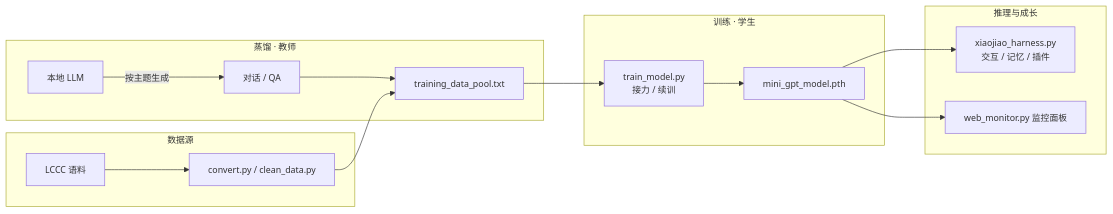
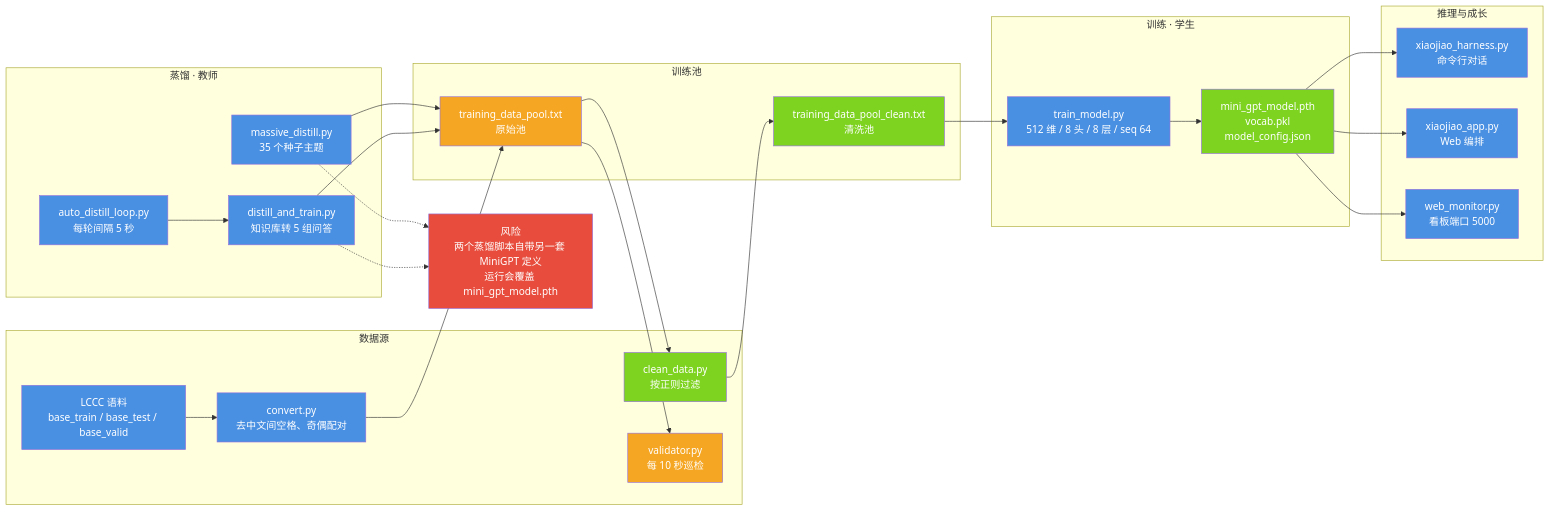
The diagram in docs/pipeline.md (jiangchuangege/xiaojiao-harnees), drawn with Mermaid before and after one commit. The commit also changed other lines of this file and 51 other files, not shown here.

````diff
--- a/docs/pipeline.md
+++ b/docs/pipeline.md
@@ -9,20 +33,58 @@
 ```mermaid
-%%{init: {"themeVariables": {"fontSize": "14px"}, "flowchart": {"htmlLabels": true, "wrappingWidth": 320, "nodeSpacing": 46, "rankSpacing": 64, "useMaxWidth": true}}}%%
 flowchart LR
-    subgraph src["数据源"]
-        A["LCCC 语料"] --> B["convert.py / clean_data.py"]
+    subgraph SRC["数据源"]
+        A["LCCC 语料<br/>base_train / base_test / base_valid"]
+        B["convert.py<br/>去中文间空格、奇偶配对"]
+        C["clean_data.py<br/>按正则过滤"]
+        D["validator.py<br/>每 10 秒巡检"]
     end
-    subgraph teach["蒸馏 · 教师"]
-        C["本地 LLM"] -- "按主题生成" --> D["对话 / QA"]
-        D --> E["training_data_pool.txt"]
+    subgraph POOL["训练池"]
+        E["training_data_pool.txt<br/>原始池"]
+        EC["training_data_pool_clean.txt<br/>清洗池"]
     end
-    subgraph stu["训练 · 学生"]
-        E --> F["train_model.py <br/> 接力 / 续训"]
-        F --> G["mini_gpt_model.pth"]
+    subgraph DIST["蒸馏 · 教师"]
+        F["massive_distill.py<br/>35 个种子主题"]
+        G["distill_and_train.py<br/>知识库转 5 组问答"]
+        H["auto_distill_loop.py<br/>每轮间隔 5 秒"]
     end
-    subgraph grow["推理与成长"]
-        G --> H["xiaojiao_harness.py <br/> 交互 / 记忆 / 插件"]
-        G --> I["web_monitor.py 监控面板"]
+    subgraph STU["训练 · 学生"]
+        I["train_model.py<br/>512 维 / 8 头 / 8 层 / seq 64"]
+        J["mini_gpt_model.pth<br/>vocab.pkl<br/>model_config.json"]
     end
+    subgraph USE["推理与成长"]
+        K["xiaojiao_harness.py<br/>命令行对话"]
+        L["xiaojiao_app.py<br/>Web 编排"]
+        M["web_monitor.py<br/>看板端口 5000"]
+    end
+    X["风险<br/>两个蒸馏脚本自带另一套 MiniGPT 定义<br/>运行会覆盖 mini_gpt_model.pth"]
+    A --> B
     B --> E
+    E --> C
+    C --> EC
+    E --> D
+    EC --> I
+    F --> E
+    G --> E
+    H --> G
+    I --> J
+    J --> K
+    J --> L
+    J --> M
+    F -.-> X
+    G -.-> X
+    style A fill:#4A90E2,color:#fff
+    style B fill:#4A90E2,color:#fff
+    style C fill:#7ED321,color:#fff
+    style D fill:#F5A623,color:#fff
+    style E fill:#F5A623,color:#fff
+    style EC fill:#7ED321,color:#fff
+    style F fill:#4A90E2,color:#fff
+    style G fill:#4A90E2,color:#fff
+    style H fill:#4A90E2,color:#fff
+    style I fill:#4A90E2,color:#fff
+    style J fill:#7ED321,color:#fff
+    style K fill:#4A90E2,color:#fff
+    style L fill:#4A90E2,color:#fff
+    style M fill:#4A90E2,color:#fff
+    style X fill:#E74C3C,color:#fff
 ```
````
